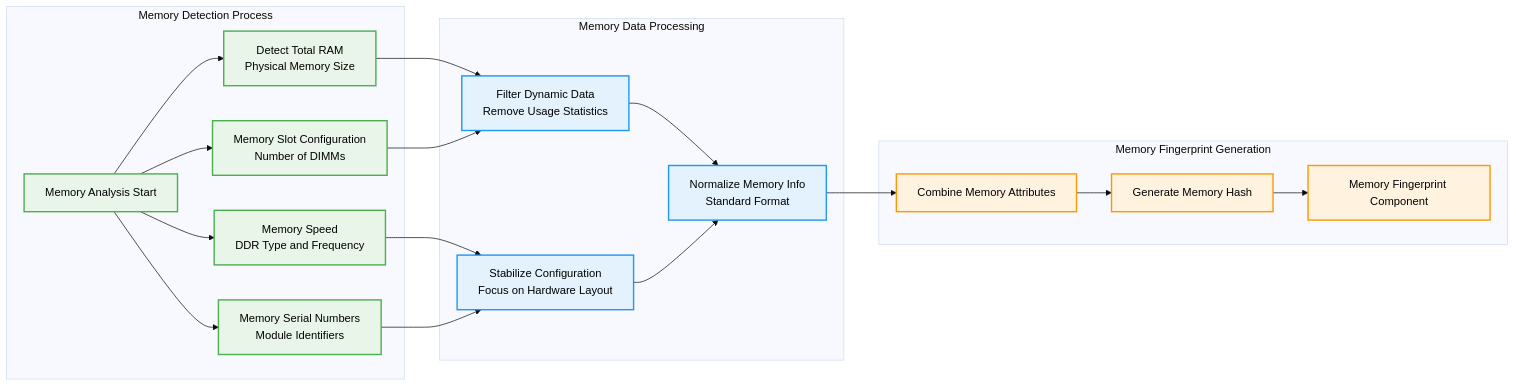
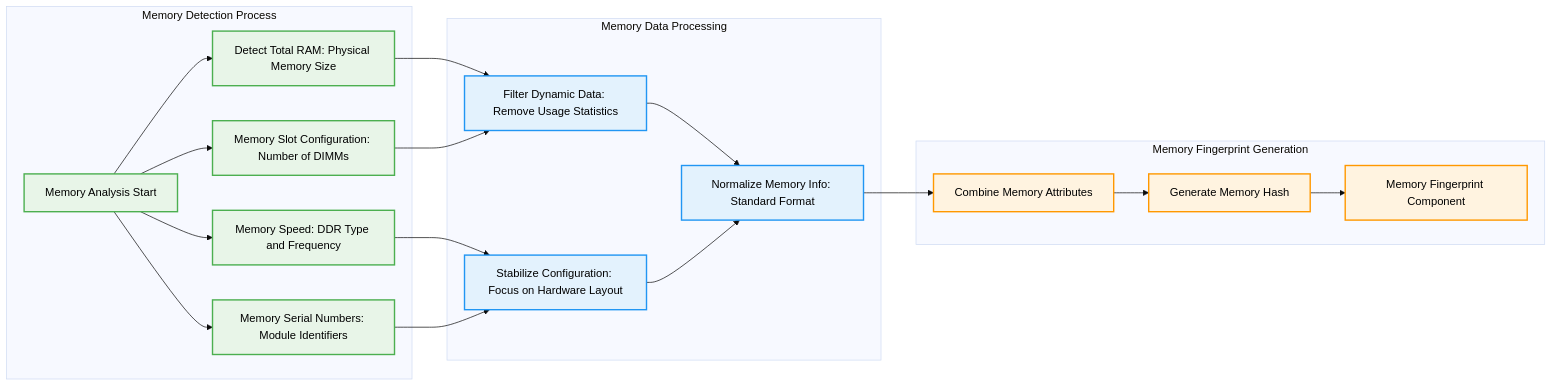
The fourth of 7 diagrams in README.md (Johnsonajibi/DeviceFingerprinting), drawn with Mermaid (base theme) before and after one commit. The commit also changed other lines of this file, not shown here.

First line of the commit message:
Fix Mermaid diagram syntax errors

````diff
--- a/README.md
+++ b/README.md
@@ -197,46 +197,46 @@
 ```mermaid
 graph LR
     subgraph "Memory Detection Process"
         MemStart[Memory Analysis Start]
-        TotalRAM[Detect Total RAM<br/>Physical Memory Size]
-        MemSlots[Memory Slot Configuration<br/>Number of DIMMs]
-        MemSpeed[Memory Speed<br/>DDR Type and Frequency]
-        MemSerial[Memory Serial Numbers<br/>Module Identifiers]
+        TotalRAM["Detect Total RAM: Physical Memory Size"]
+        MemSlots["Memory Slot Configuration: Number of DIMMs"]
+        MemSpeed["Memory Speed: DDR Type and Frequency"]
+        MemSerial["Memory Serial Numbers: Module Identifiers"]
     end
     
     subgraph "Memory Data Processing"
-        MemFilter[Filter Dynamic Data<br/>Remove Usage Statistics]
-        MemStabilize[Stabilize Configuration<br/>Focus on Hardware Layout]
-        MemNormalize[Normalize Memory Info<br/>Standard Format]
+        MemFilter["Filter Dynamic Data: Remove Usage Statistics"]
+        MemStabilize["Stabilize Configuration: Focus on Hardware Layout"]
+        MemNormalize["Normalize Memory Info: Standard Format"]
     end
     
     subgraph "Memory Fingerprint Generation"
         MemCombine[Combine Memory Attributes]
         MemHash[Generate Memory Hash]
         MemComponent[Memory Fingerprint Component]
     end
     
     MemStart --> TotalRAM
     MemStart --> MemSlots
     MemStart --> MemSpeed
     MemStart --> MemSerial
     
     TotalRAM --> MemFilter
     MemSlots --> MemFilter
     MemSpeed --> MemStabilize
     MemSerial --> MemStabilize
     
     MemFilter --> MemNormalize
     MemStabilize --> MemNormalize
     MemNormalize --> MemCombine
     MemCombine --> MemHash
     MemHash --> MemComponent
     
     classDef memDetect fill:#e8f5e8,stroke:#4caf50,stroke-width:2px,color:#000000
     classDef memProcess fill:#e3f2fd,stroke:#2196f3,stroke-width:2px,color:#000000
     classDef memGenerate fill:#fff3e0,stroke:#ff9800,stroke-width:2px,color:#000000
     
     class MemStart,TotalRAM,MemSlots,MemSpeed,MemSerial memDetect
     class MemFilter,MemStabilize,MemNormalize memProcess
     class MemCombine,MemHash,MemComponent memGenerate
 ```
````
